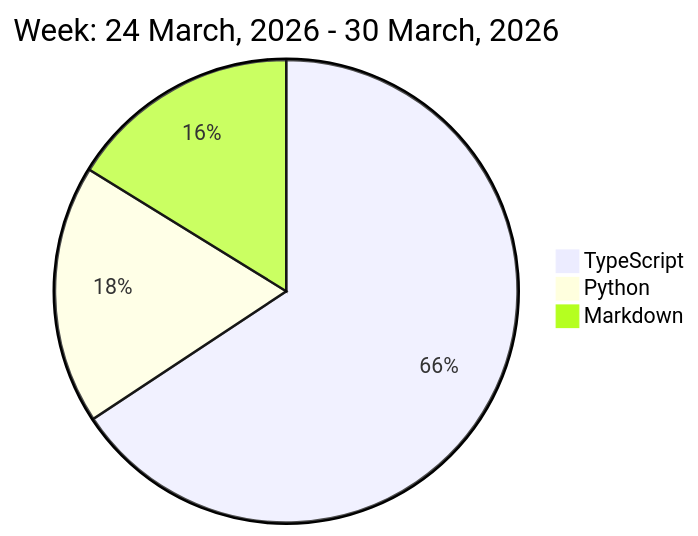
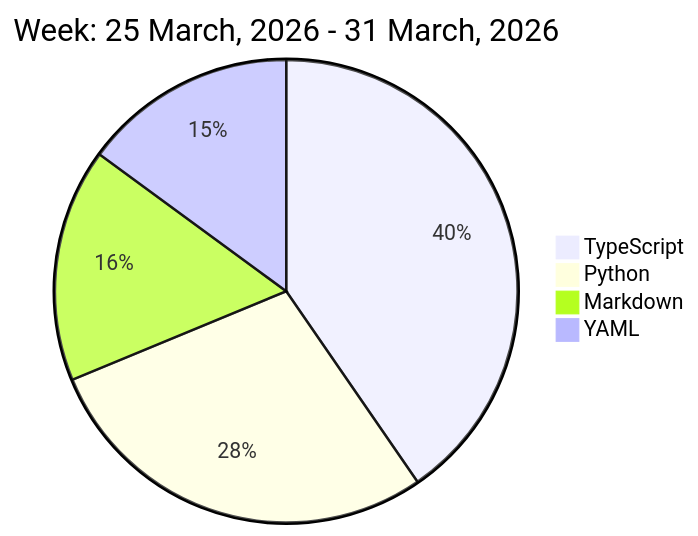
Before and after one commit to liubin95/liubin95: the diagram in README.md, drawn with Mermaid.

Commit message:
Updated the Graph with new Metrics

````diff
--- a/README.md
+++ b/README.md
@@ -32,7 +32,8 @@
 ```mermaid
  pie
-title Week: 24 March, 2026 - 30 March, 2026
- "TypeScript" : 9.25
- "Python" : 2.55
- "Markdown" : 2.28
+title Week: 25 March, 2026 - 31 March, 2026
+ "TypeScript" : 5.87
+ "Python" : 4.12
+ "Markdown" : 2.37
+ "YAML" : 2.17
 ```
````
